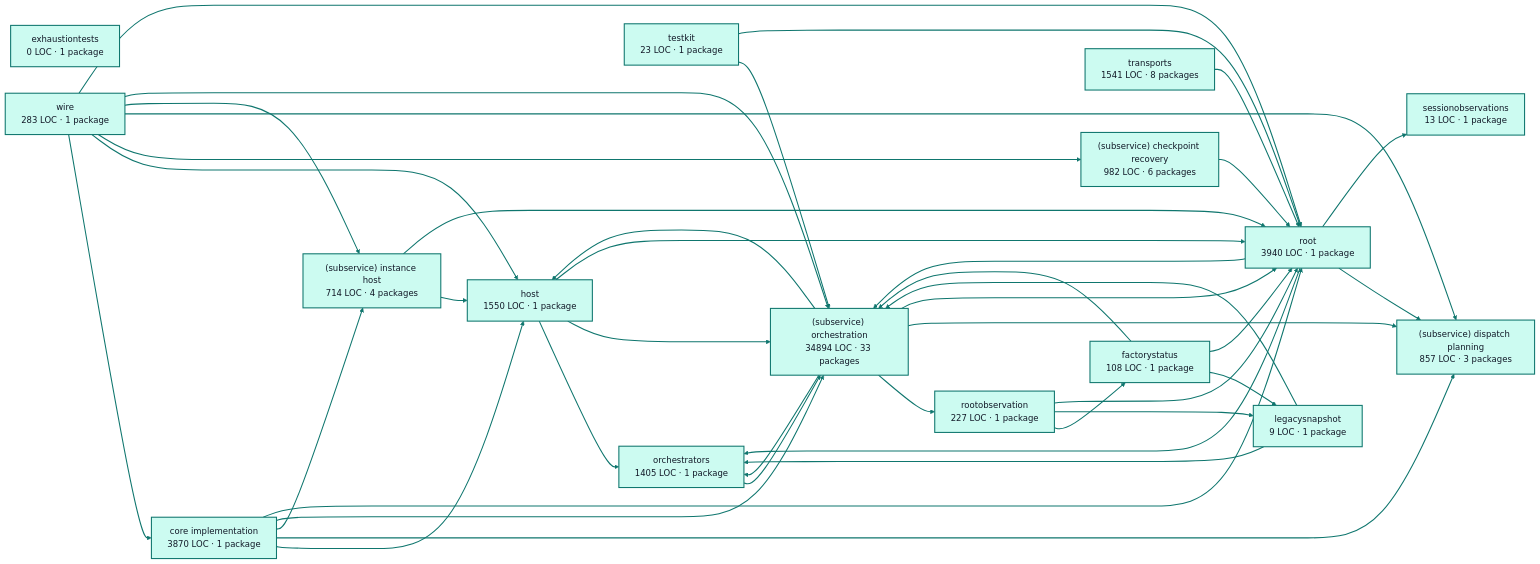
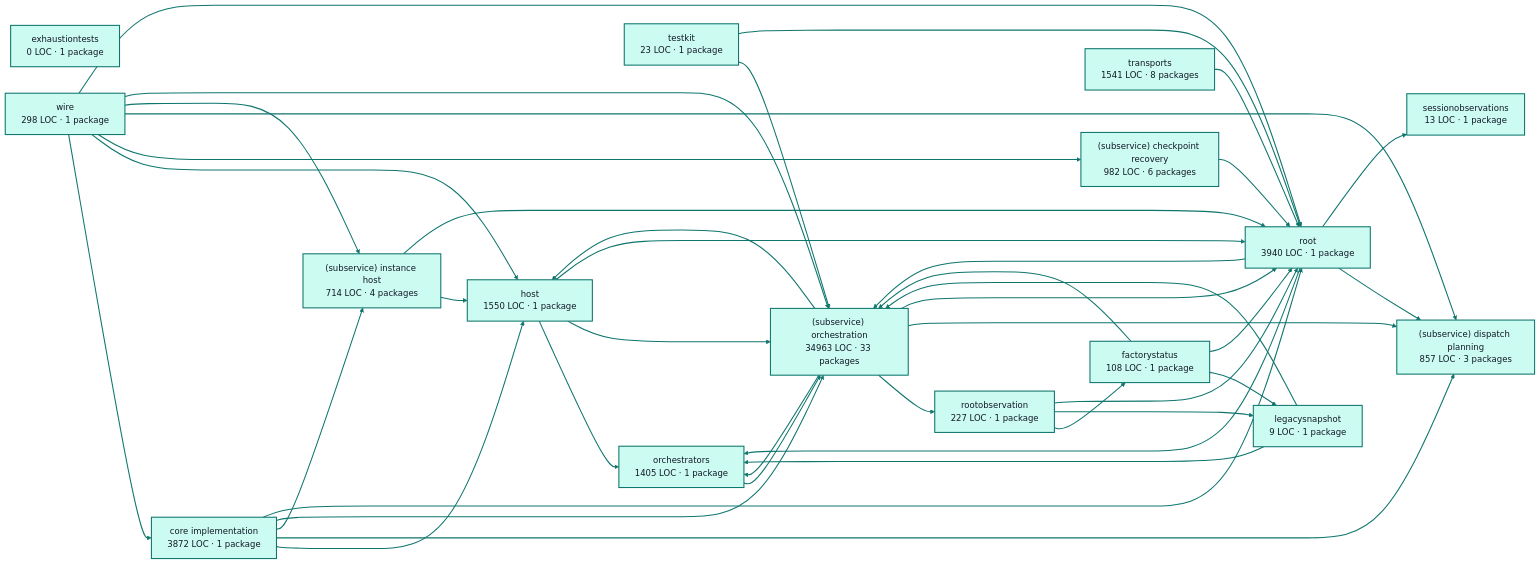
One commit to portpowered/you-agent-factory changed the diagram in docs/architecture/visualizations/services/factory_runtime.md. Above: the diagram before and after it, drawn with Mermaid. The commit also changed other lines of this file and 20 other files, not shown here.

Commit message:
docs: refresh backend architecture visualizations

````diff
--- a/docs/architecture/visualizations/services/factory_runtime.md
+++ b/docs/architecture/visualizations/services/factory_runtime.md
@@ -11,75 +11,75 @@
 ```mermaid
 flowchart LR
-  p0["core implementation<br/>3870 LOC · 1 package"]
+  p0["core implementation<br/>3872 LOC · 1 package"]
   p1["exhaustiontests<br/>0 LOC · 1 package"]
   p2["factorystatus<br/>108 LOC · 1 package"]
   p3["host<br/>1550 LOC · 1 package"]
   p4["legacysnapshot<br/>9 LOC · 1 package"]
   p5["orchestrators<br/>1405 LOC · 1 package"]
   p6["rootobservation<br/>227 LOC · 1 package"]
   p7["(subservice) checkpoint recovery<br/>982 LOC · 6 packages"]
   p8["(subservice) dispatch planning<br/>857 LOC · 3 packages"]
   p9["(subservice) instance host<br/>714 LOC · 4 packages"]
-  p10["(subservice) orchestration<br/>34894 LOC · 33 packages"]
+  p10["(subservice) orchestration<br/>34963 LOC · 33 packages"]
   p11["sessionobservations<br/>13 LOC · 1 package"]
   p12["testkit<br/>23 LOC · 1 package"]
   p13["root<br/>3940 LOC · 1 package"]
   p14["transports<br/>1541 LOC · 8 packages"]
-  p15["wire<br/>283 LOC · 1 package"]
+  p15["wire<br/>298 LOC · 1 package"]
   p0 --> p3
   p0 --> p8
   p0 --> p9
   p0 --> p10
   p0 --> p13
   p2 --> p4
   p2 --> p10
   p2 --> p13
   p3 --> p5
   p3 --> p10
   p3 --> p13
   p4 --> p5
   p4 --> p10
   p5 --> p10
   p6 --> p2
   p6 --> p4
   p6 --> p13
   p7 --> p13
   p9 --> p3
   p9 --> p13
   p10 --> p3
   p10 --> p5
   p10 --> p6
   p10 --> p8
   p10 --> p13
   p12 --> p10
   p12 --> p13
   p13 --> p5
   p13 --> p8
   p13 --> p10
   p13 --> p11
   p14 --> p13
   p15 --> p0
   p15 --> p3
   p15 --> p7
   p15 --> p8
   p15 --> p9
   p15 --> p10
   p15 --> p13
   style p0 fill:#ccfbf1,stroke:#0f766e,stroke-width:2px,color:#111827
   style p1 fill:#ccfbf1,stroke:#0f766e,stroke-width:2px,color:#111827
   style p2 fill:#ccfbf1,stroke:#0f766e,stroke-width:2px,color:#111827
   style p3 fill:#ccfbf1,stroke:#0f766e,stroke-width:2px,color:#111827
   style p4 fill:#ccfbf1,stroke:#0f766e,stroke-width:2px,color:#111827
   style p5 fill:#ccfbf1,stroke:#0f766e,stroke-width:2px,color:#111827
   style p6 fill:#ccfbf1,stroke:#0f766e,stroke-width:2px,color:#111827
   style p7 fill:#ccfbf1,stroke:#0f766e,stroke-width:2px,color:#111827
   style p8 fill:#ccfbf1,stroke:#0f766e,stroke-width:2px,color:#111827
   style p9 fill:#ccfbf1,stroke:#0f766e,stroke-width:2px,color:#111827
   style p10 fill:#ccfbf1,stroke:#0f766e,stroke-width:2px,color:#111827
   style p11 fill:#ccfbf1,stroke:#0f766e,stroke-width:2px,color:#111827
   style p12 fill:#ccfbf1,stroke:#0f766e,stroke-width:2px,color:#111827
   style p13 fill:#ccfbf1,stroke:#0f766e,stroke-width:2px,color:#111827
   style p14 fill:#ccfbf1,stroke:#0f766e,stroke-width:2px,color:#111827
   style p15 fill:#ccfbf1,stroke:#0f766e,stroke-width:2px,color:#111827
   linkStyle default stroke:#0f766e,stroke-width:2px
 ```
````
